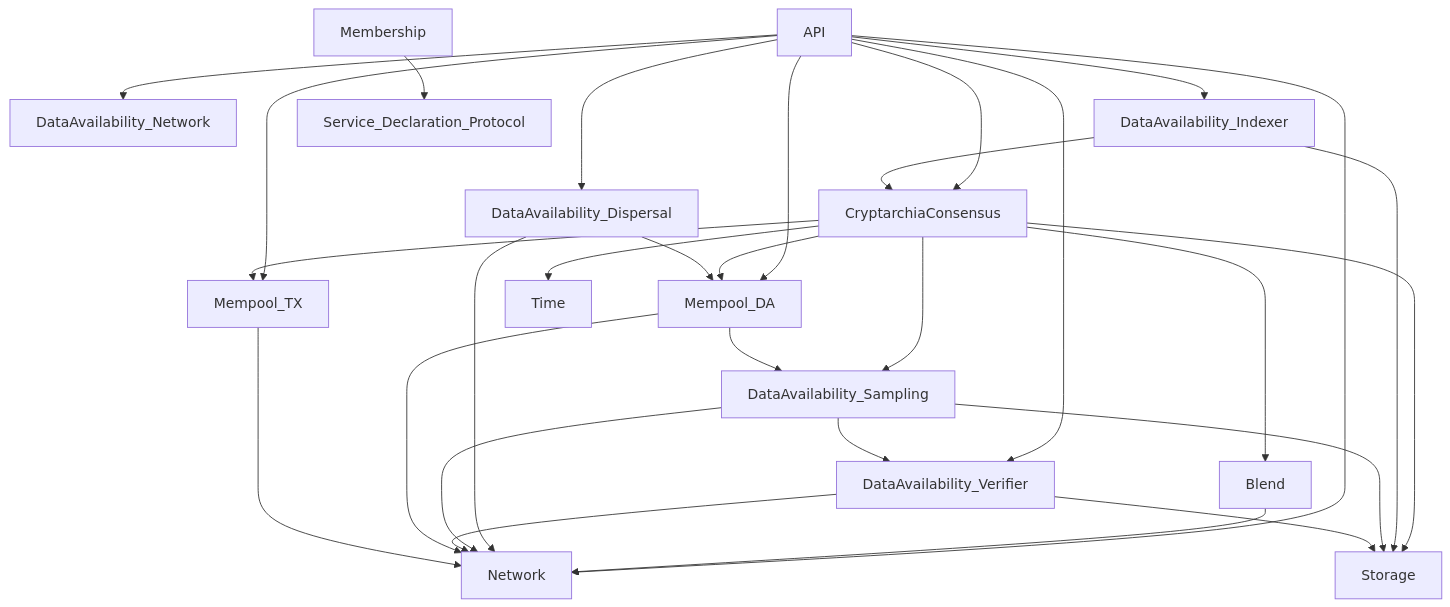
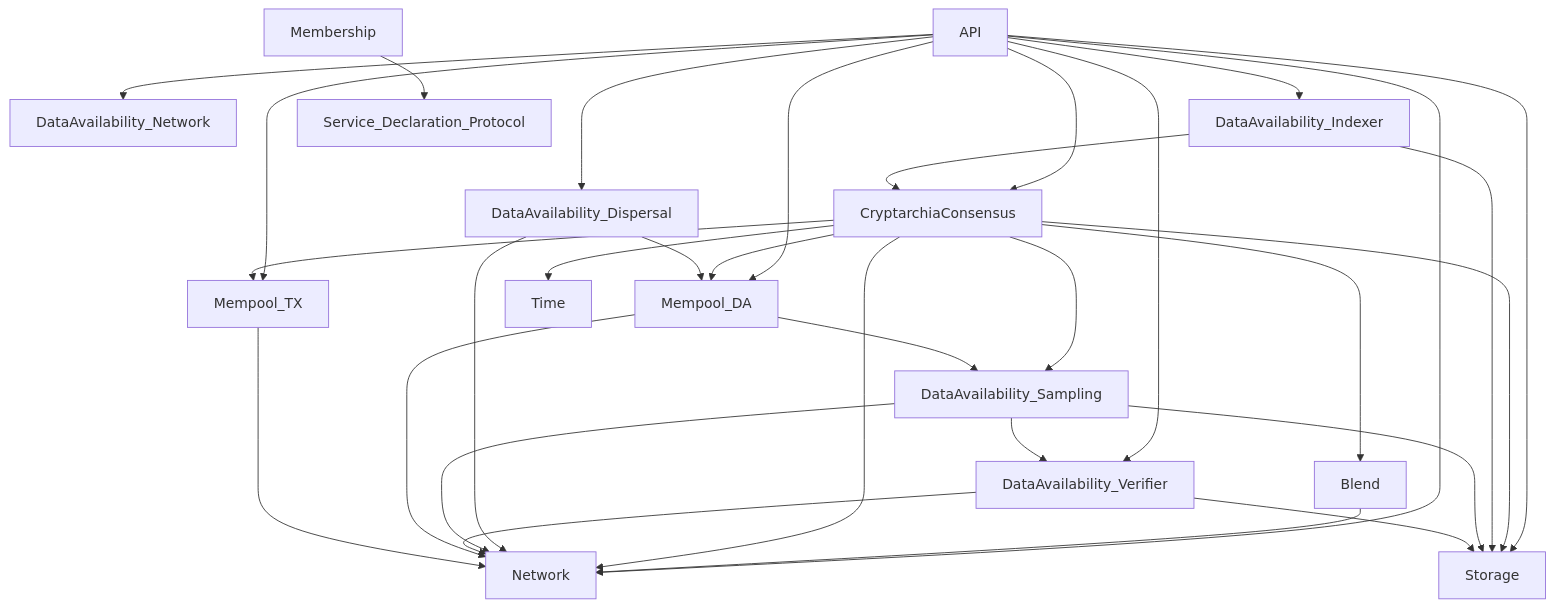
Before and after one commit to Astro521/logos-blockchain: the diagram in book/src/architecture/relay-dependencies.md, drawn with Mermaid. The commit also changed other lines of this file and 23 other files, not shown here.

````diff
--- a/book/src/architecture/relay-dependencies.md
+++ b/book/src/architecture/relay-dependencies.md
@@ -43,40 +43,42 @@
 ```mermaid
 graph TD
   API --> Network
   API --> CryptarchiaConsensus
   API --> DataAvailability_Dispersal
   API --> DataAvailability_Network
   API --> DataAvailability_Indexer
   API --> DataAvailability_Verifier
   API --> Mempool_DA
   API --> Mempool_TX
+  API --> Storage
 
   Blend --> Network
 
+  CryptarchiaConsensus --> Network
   CryptarchiaConsensus --> Blend
   CryptarchiaConsensus --> Mempool_TX
   CryptarchiaConsensus --> Mempool_DA
   CryptarchiaConsensus --> DataAvailability_Sampling
   CryptarchiaConsensus --> Storage
   CryptarchiaConsensus --> Time
 
   DataAvailability_Dispersal --> Network
   DataAvailability_Dispersal --> Mempool_DA
 
   DataAvailability_Indexer --> CryptarchiaConsensus
   DataAvailability_Indexer --> Storage
 
   DataAvailability_Sampling --> Network
   DataAvailability_Sampling --> Storage
   DataAvailability_Sampling --> DataAvailability_Verifier
 
   DataAvailability_Verifier --> Network
   DataAvailability_Verifier --> Storage
 
   Membership --> Service_Declaration_Protocol
 
   Mempool_DA --> Network
   Mempool_DA --> DataAvailability_Sampling
 
   Mempool_TX --> Network
 ```
````
